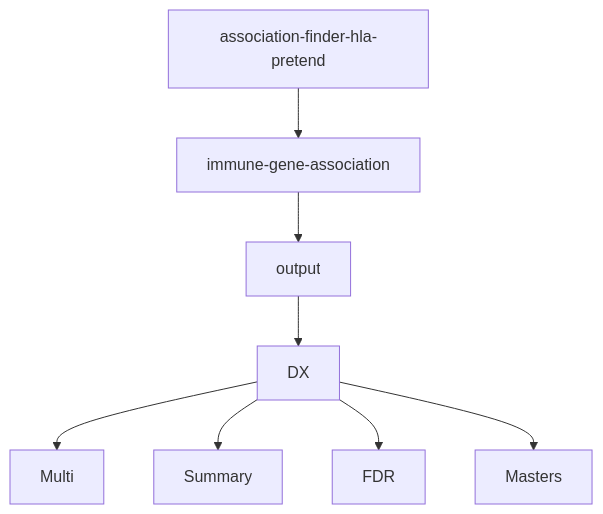
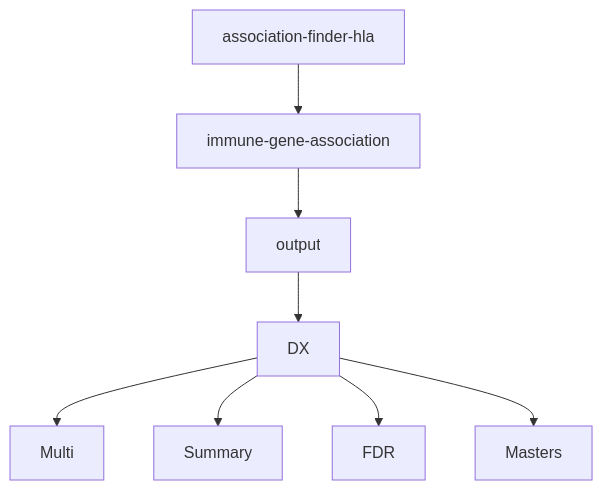
The diagram in README.md (mdribus/association-finder-hla), drawn with Mermaid before and after one commit. The commit also changed other lines of this file, not shown here.

````diff
--- a/README.md
+++ b/README.md
@@ -58,8 +58,8 @@
 ```mermaid
 flowchart TD
-  A[association-finder-hla-pretend] --> B[immune-gene-association] --> C[output] --> D[DX];
+  A[association-finder-hla] --> B[immune-gene-association] --> C[output] --> D[DX];
   D --> E[Multi]
   D --> F[Summary]
   D --> G[FDR]
   D --> H[Masters]
 ```
````
